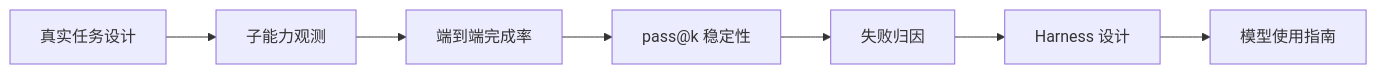
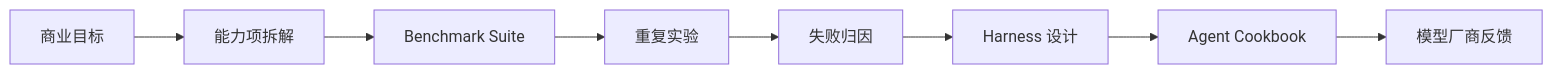
Before and after one commit to 2sao7sao/agent-peak-bench: the diagram in README.zh-CN.md, drawn with Mermaid. The commit also changed other lines of this file and 5 other files, not shown here.

````diff
--- a/README.zh-CN.md
+++ b/README.zh-CN.md
@@ -61,9 +58,10 @@
 ```mermaid
 flowchart LR
-  A["真实任务设计"] --> B["子能力观测"]
-  B --> C["端到端完成率"]
-  C --> D["pass@k 稳定性"]
+  A["商业目标"] --> B["能力项拆解"]
+  B --> C["Benchmark Suite"]
+  C --> D["重复实验"]
   D --> E["失败归因"]
   E --> F["Harness 设计"]
-  F --> G["模型使用指南"]
+  F --> G["Agent Cookbook"]
+  G --> H["模型厂商反馈"]
 ```
````
